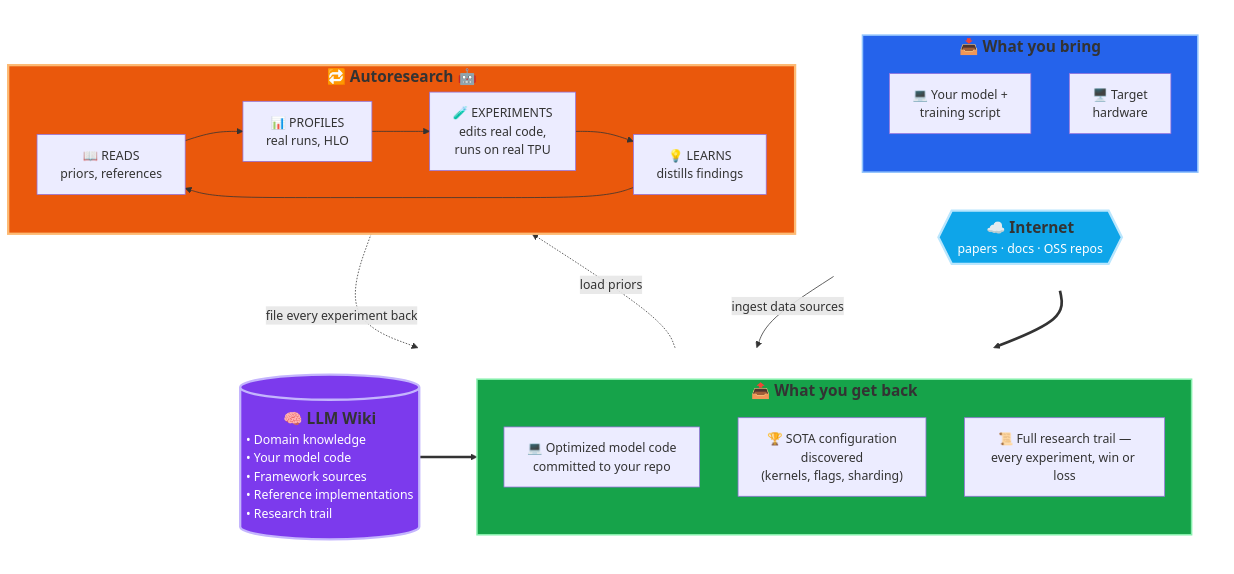
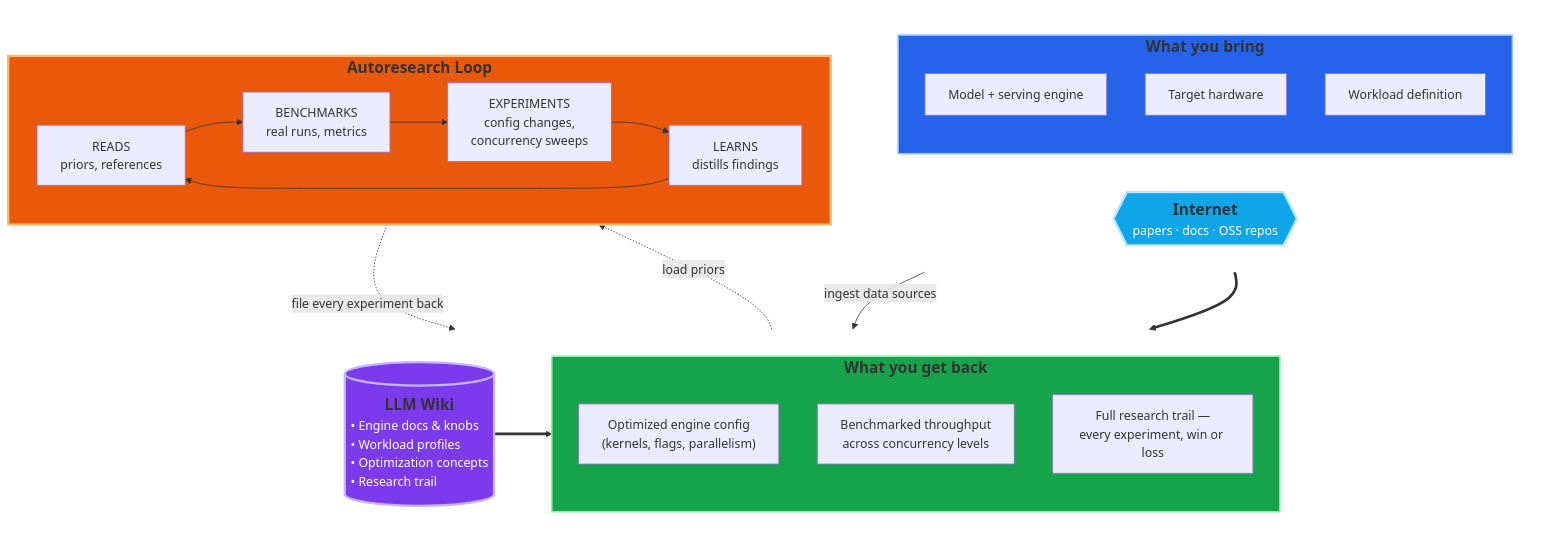
The diagram in README.md (PrimaLabs-AI/llm-serving-autoresearch-wiki), drawn with Mermaid before and after one commit. The commit also changed other lines of this file, not shown here.

First line of the commit message:
Rewrite README for LLM serving optimization scope

````diff
--- a/README.md
+++ b/README.md
@@ -68,49 +90,50 @@
 ```mermaid
 flowchart TB
     subgraph INPUTS_ROW[" "]
         direction LR
-        subgraph IN["<span style='font-size:1.25em'><b>📥 What you bring</b></span>"]
+        subgraph IN["<span style='font-size:1.25em'><b>What you bring</b></span>"]
             direction TB
-            IN1["💻 Your model +<br/>training script"]
-            IN2["🖥️ Target<br/>hardware"]
+            IN1["Model + serving engine"]
+            IN2["Target hardware"]
+            IN3["Workload definition"]
         end
-        INTERNET{{"<span style='font-size:1.25em'><b>☁️ Internet</b></span><br/>papers · docs · OSS repos"}}
+        INTERNET{{"<span style='font-size:1.25em'><b>Internet</b></span><br/>papers · docs · OSS repos"}}
     end
 
     subgraph HUB_ROW[" "]
         direction LR
-        WIKI[("<div style='text-align:center'><span style='font-size:1.25em'><b>🧠 LLM Wiki</b></span></div><div style='text-align:left;white-space:nowrap'>• Domain knowledge<br/>• Your model code<br/>• Framework sources<br/>• Reference implementations<br/>• Research trail</div>")]
-        subgraph OUT["<span style='font-size:1.25em'><b>📤 What you get back</b></span>"]
+        WIKI[("<div style='text-align:center'><span style='font-size:1.25em'><b>LLM Wiki</b></span></div><div style='text-align:left;white-space:nowrap'>• Engine docs & knobs<br/>• Workload profiles<br/>• Optimization concepts<br/>• Research trail</div>")]
+        subgraph OUT["<span style='font-size:1.25em'><b>What you get back</b></span>"]
             direction TB
-            OUT1["💻 Optimized model code<br/>committed to your repo"]
-            OUT2["🏆 SOTA configuration<br/>discovered<br/>(kernels, flags, sharding)"]
-            OUT3["📜 Full research trail —<br/>every experiment, win or loss"]
+            OUT1["Optimized engine config<br/>(kernels, flags, parallelism)"]
+            OUT2["Benchmarked throughput<br/>across concurrency levels"]
+            OUT3["Full research trail —<br/>every experiment, win or loss"]
         end
     end
 
-    subgraph ENGINE["<span style='font-size:1.25em'><b>🔁 Autoresearch 🤖</b></span>"]
+    subgraph ENGINE["<span style='font-size:1.25em'><b>Autoresearch Loop</b></span>"]
         direction LR
-        E1["📖 READS<br/>priors, references"]
-        E2["📊 PROFILES<br/>real runs, HLO"]
-        E3["🧪 EXPERIMENTS<br/>edits real code,<br/>runs on real TPU"]
-        E4["💡 LEARNS<br/>distills findings"]
+        E1["READS<br/>priors, references"]
+        E2["BENCHMARKS<br/>real runs, metrics"]
+        E3["EXPERIMENTS<br/>config changes,<br/>concurrency sweeps"]
+        E4["LEARNS<br/>distills findings"]
         E1 --> E2
         E2 --> E3
         E3 --> E4
         E4 --> E1
     end
 
     IN ==> WIKI
     INTERNET -- "ingest data sources" --> WIKI
     WIKI ==> OUT
     WIKI -. "load priors" .-> ENGINE
     ENGINE -. "file every experiment back" .-> WIKI
 
     style INPUTS_ROW fill:none,stroke:none
     style HUB_ROW fill:none,stroke:none
     style IN fill:#2563eb,stroke:#93c5fd,stroke-width:2px,color:#fff
     style ENGINE fill:#ea580c,stroke:#fdba74,stroke-width:3px,color:#fff
     style OUT fill:#16a34a,stroke:#86efac,stroke-width:2px,color:#fff
     style WIKI fill:#7c3aed,stroke:#c4b5fd,stroke-width:3px,color:#fff
     style INTERNET fill:#0ea5e9,stroke:#bae6fd,stroke-width:3px,color:#fff
 ```
````
